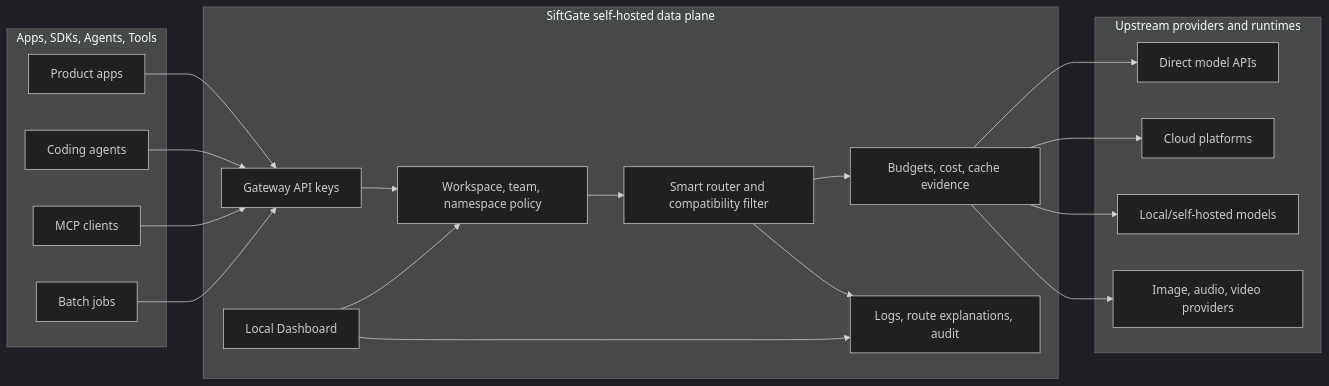
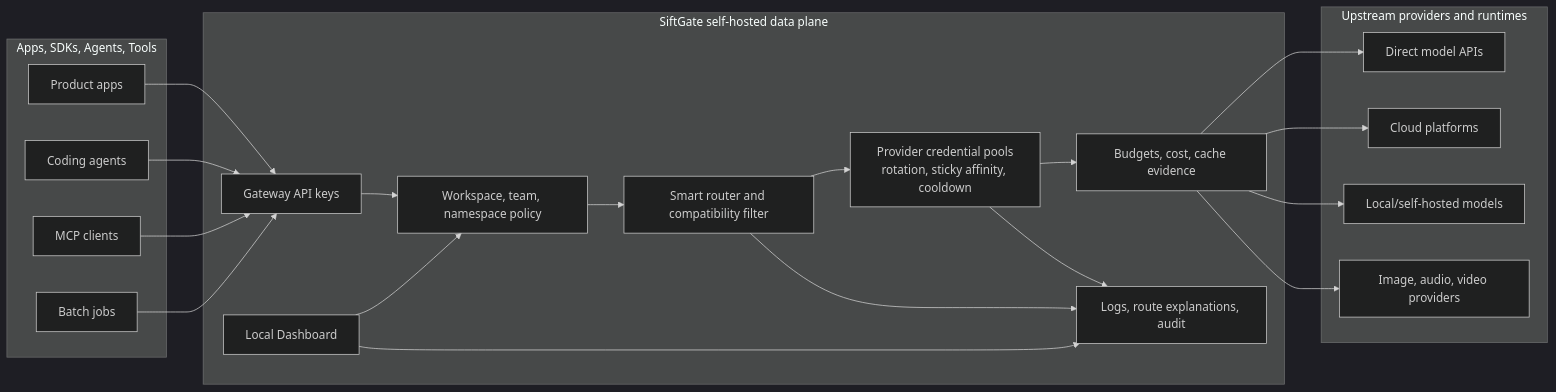
Before and after one commit to seanbabalala/ai-gateway: the first of 2 diagrams in README.md, drawn with Mermaid (dark theme). The commit also changed other lines of this file and 2 other files, not shown here.

Commit message:
docs: highlight provider credential pools

````diff
--- a/README.md
+++ b/README.md
@@ -55,38 +57,40 @@
 ```mermaid
 flowchart LR
   subgraph Clients["Apps, SDKs, Agents, Tools"]
     App["Product apps"]
     Agent["Coding agents"]
     MCP["MCP clients"]
     Batch["Batch jobs"]
   end
 
   subgraph Gateway["SiftGate self-hosted data plane"]
     Auth["Gateway API keys"]
     Policy["Workspace, team, namespace policy"]
     Route["Smart router and compatibility filter"]
+    Creds["Provider credential pools<br/>rotation, sticky affinity, cooldown"]
     Cost["Budgets, cost, cache evidence"]
     Observe["Logs, route explanations, audit"]
     Dashboard["Local Dashboard"]
   end
 
   subgraph Providers["Upstream providers and runtimes"]
     Direct["Direct model APIs"]
     Cloud["Cloud platforms"]
     Local["Local/self-hosted models"]
     Media["Image, audio, video providers"]
   end
 
   App --> Auth
   Agent --> Auth
   MCP --> Auth
   Batch --> Auth
-  Auth --> Policy --> Route --> Cost
+  Auth --> Policy --> Route --> Creds --> Cost
   Cost --> Direct
   Cost --> Cloud
   Cost --> Local
   Cost --> Media
+  Creds --> Observe
   Route --> Observe
   Dashboard --> Policy
   Dashboard --> Observe
 ```
````
